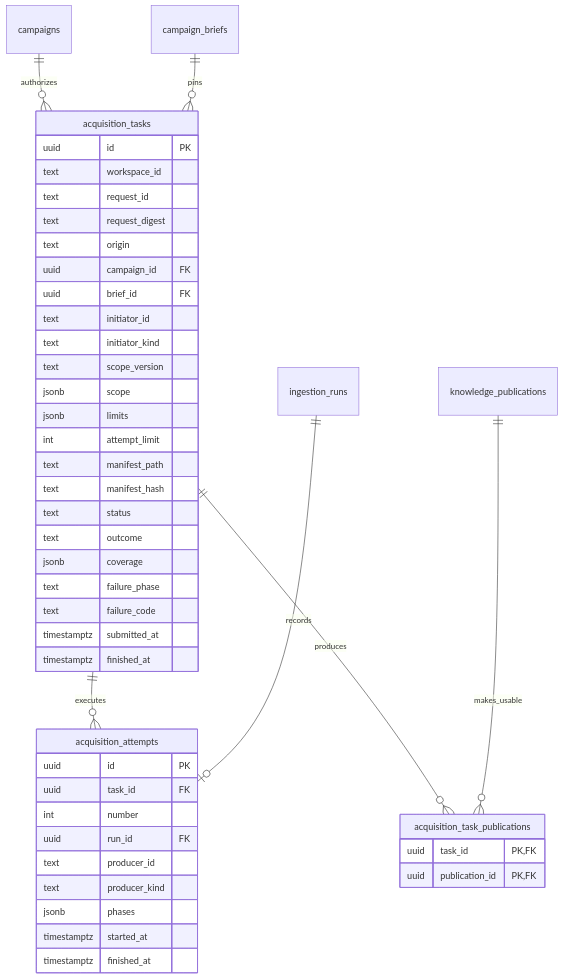
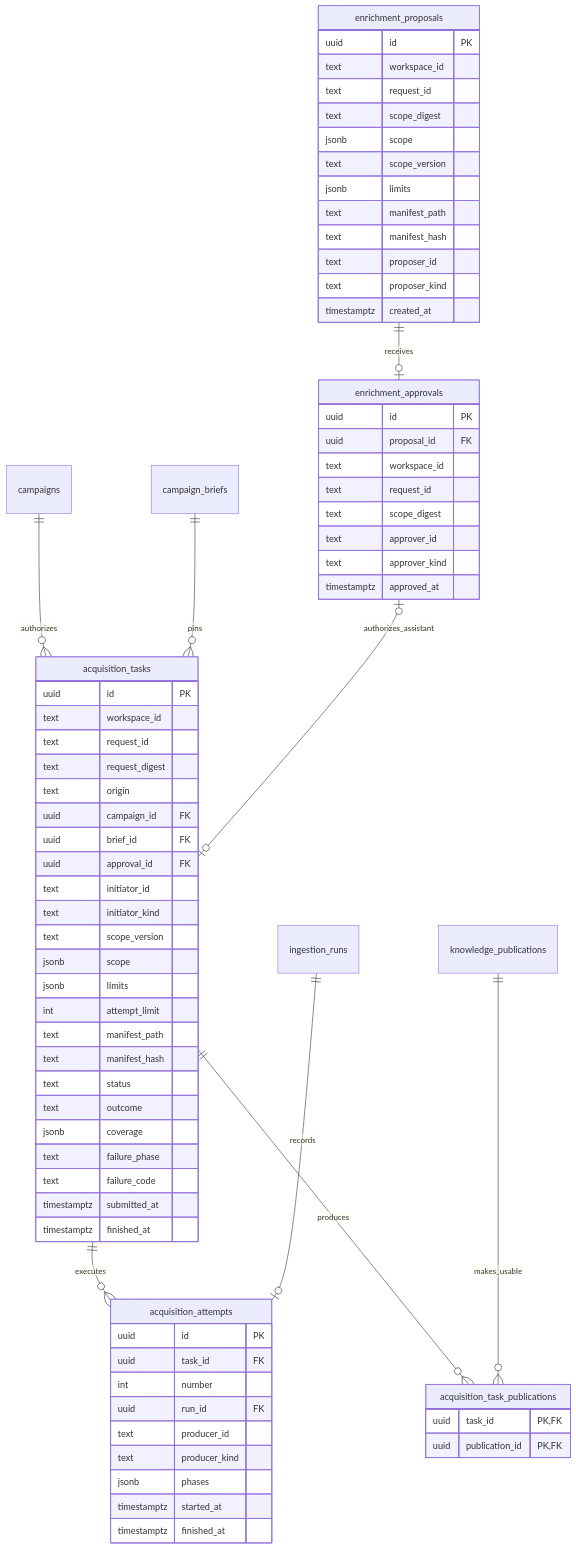
The sixth of 7 diagrams in docs/data-model.md (jinroylee/social-marketing-intelligence), drawn with Mermaid before and after one commit. The commit also changed other lines of this file and 25 other files, not shown here.

Commit message:
feat: approve exact supplied enrichment proposals

````diff
--- a/docs/data-model.md
+++ b/docs/data-model.md
@@ -501,48 +501,75 @@
 ```mermaid
 erDiagram
     campaigns ||--o{ acquisition_tasks : authorizes
     campaign_briefs ||--o{ acquisition_tasks : pins
+    enrichment_proposals ||--o| enrichment_approvals : receives
+    enrichment_approvals o|--o| acquisition_tasks : authorizes_assistant
     acquisition_tasks ||--o{ acquisition_attempts : executes
     ingestion_runs ||--o| acquisition_attempts : records
     acquisition_tasks ||--o{ acquisition_task_publications : produces
     knowledge_publications ||--o{ acquisition_task_publications : makes_usable
+    enrichment_proposals {
+        uuid id PK
+        text workspace_id
+        text request_id
+        text scope_digest
+        jsonb scope
+        text scope_version
+        jsonb limits
+        text manifest_path
+        text manifest_hash
+        text proposer_id
+        text proposer_kind
+        timestamptz created_at
+    }
+    enrichment_approvals {
+        uuid id PK
+        uuid proposal_id FK
+        text workspace_id
+        text request_id
+        text scope_digest
+        text approver_id
+        text approver_kind
+        timestamptz approved_at
+    }
     acquisition_tasks {
         uuid id PK
         text workspace_id
         text request_id
         text request_digest
         text origin
         uuid campaign_id FK
         uuid brief_id FK
+        uuid approval_id FK
         text initiator_id
         text initiator_kind
         text scope_version
         jsonb scope
         jsonb limits
         int attempt_limit
         text manifest_path
         text manifest_hash
         text status
         text outcome
         jsonb coverage
         text failure_phase
         text failure_code
         timestamptz submitted_at
         timestamptz finished_at
     }
     acquisition_attempts {
         uuid id PK
         uuid task_id FK
         int number
         uuid run_id FK
         text producer_id
         text producer_kind
         jsonb phases
         timestamptz started_at
         timestamptz finished_at
     }
     acquisition_task_publications {
         uuid task_id PK, FK
         uuid publication_id PK, FK
     }
 ```
````
